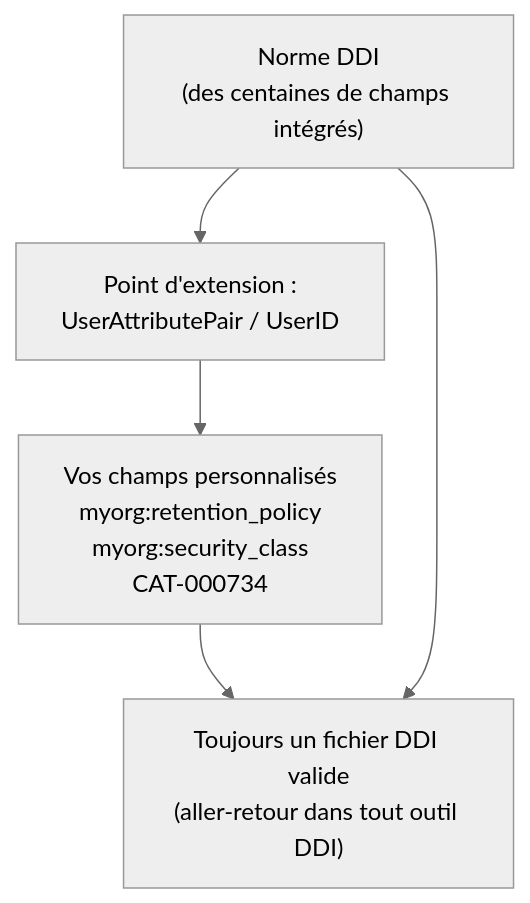
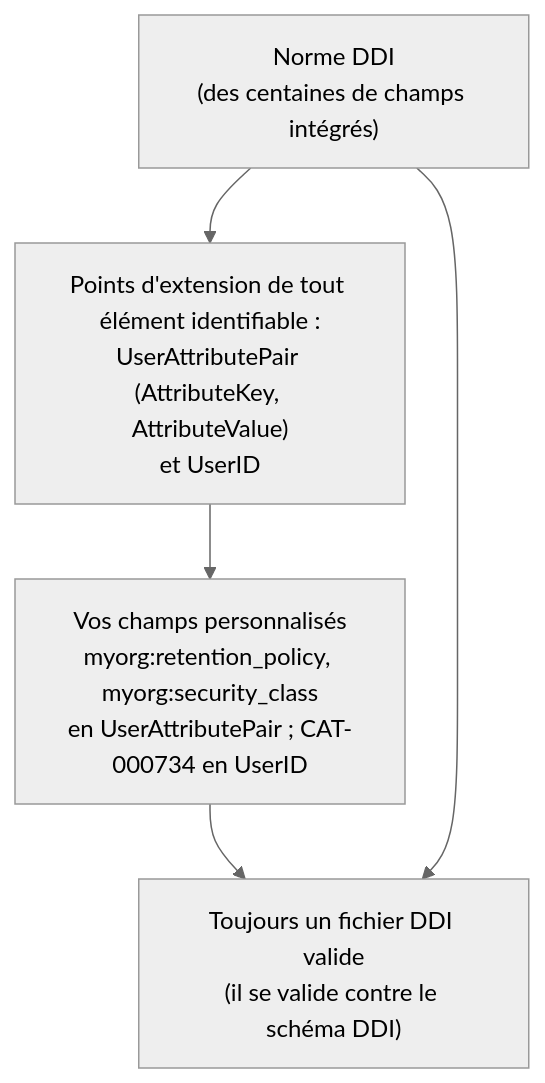
Before and after one commit to pbisson44/ddi-l: the diagram in docs/curriculum/module-14-custom-fields.fr.md, drawn with Mermaid (neutral theme). The commit also changed other lines of this file and 597 other files, not shown here.

````diff
--- a/docs/curriculum/module-14-custom-fields.fr.md
+++ b/docs/curriculum/module-14-custom-fields.fr.md
@@ -312,12 +93,12 @@
 ```mermaid
 flowchart TD
     STD["Norme DDI\n(des centaines de champs intégrés)"]
-    EXT["Point d'extension :\nUserAttributePair / UserID"]
-    ORG["Vos champs personnalisés\nmyorg:retention_policy\nmyorg:security_class\nCAT-000734"]
-    FILE["Toujours un fichier DDI valide\n(aller-retour dans tout outil DDI)"]
+    EXT["Points d'extension de tout élément identifiable :\nUserAttributePair (AttributeKey, AttributeValue)\net UserID"]
+    ORG["Vos champs personnalisés\nmyorg:retention_policy, myorg:security_class\nen UserAttributePair ; CAT-000734 en UserID"]
+    FILE["Toujours un fichier DDI valide\n(il se valide contre le schéma DDI)"]
 
     STD --> EXT
     EXT --> ORG
     ORG --> FILE
     STD --> FILE
 ```
````
